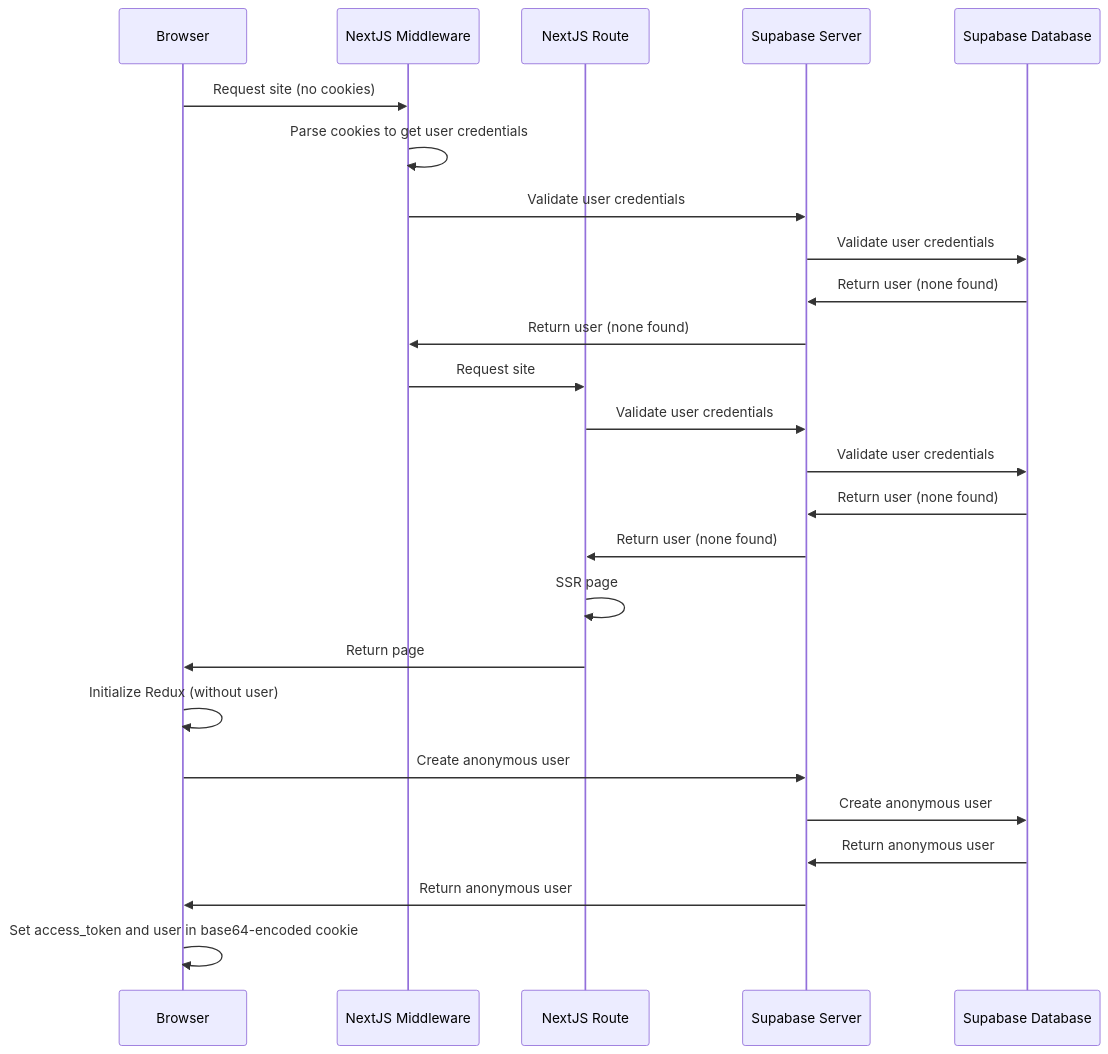
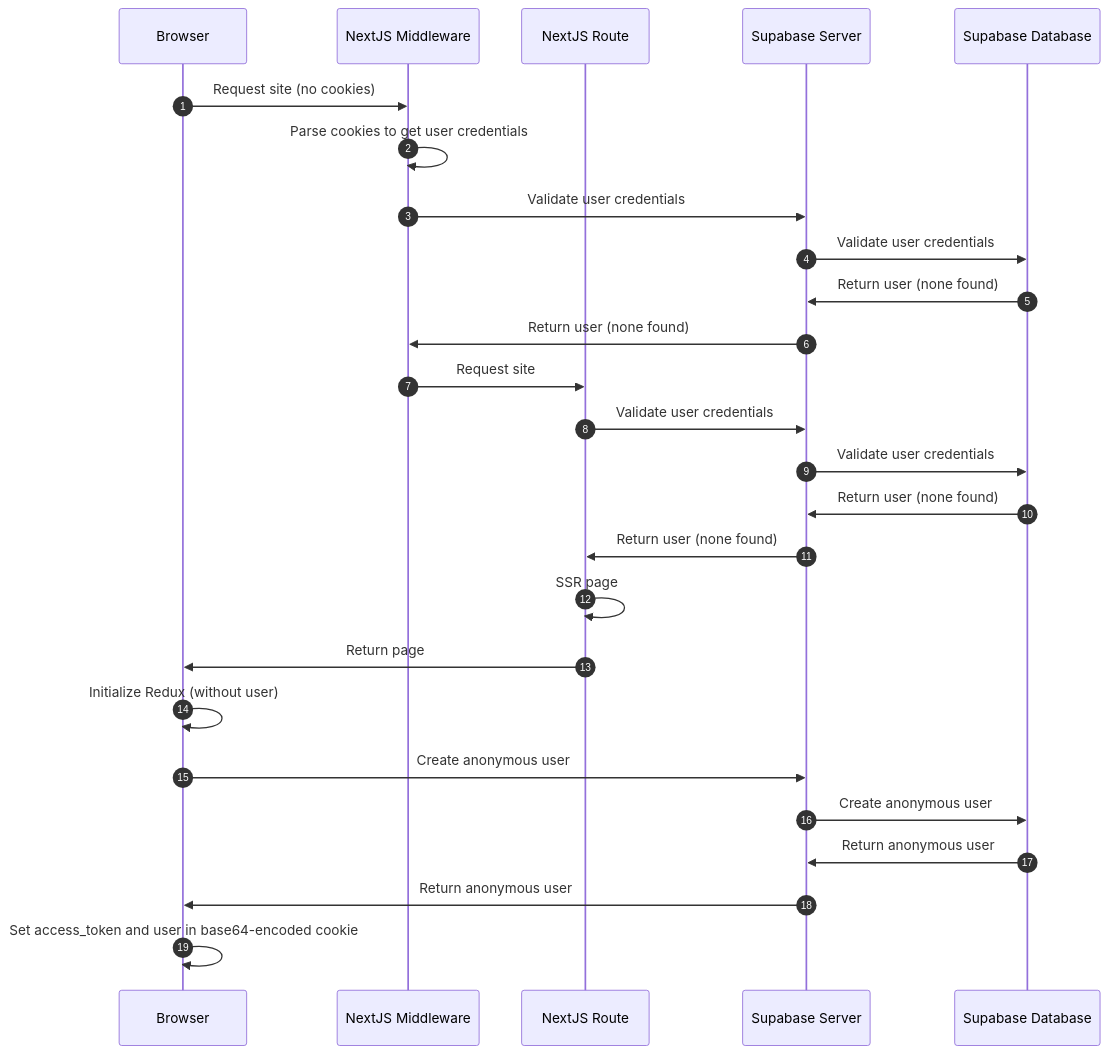
The second of 4 diagrams in README.md (matthova/nextjs-supabase-auth-from-scratch), drawn with Mermaid before and after one commit. The commit also changed other lines of this file, not shown here.

````diff
--- a/README.md
+++ b/README.md
@@ -35,28 +71,30 @@
 ```mermaid
 sequenceDiagram
+    autonumber
     participant A as Browser
     participant B as NextJS Middleware
     participant C as NextJS Route
     participant D as Supabase Server
     participant E as Supabase Database
 
     A->>B: Request site (no cookies)
     B->>B: Parse cookies to get user credentials
     B->>D: Validate user credentials
     D->>E: Validate user credentials
     E->>D: Return user (none found)
     D->>B: Return user (none found)
     B->>C: Request site
     C->>D: Validate user credentials
     D->>E: Validate user credentials
     E->>D: Return user (none found)
     D->>C: Return user (none found)
     C->>C: SSR page
     C->>A: Return page
     A->>A: Initialize Redux (without user)
     A->>D: Create anonymous user
     D->>E: Create anonymous user
     E->>D: Return anonymous user
     D->>A: Return anonymous user
     A->>A: Set access_token and user in base64-encoded cookie
+
 ```
````
